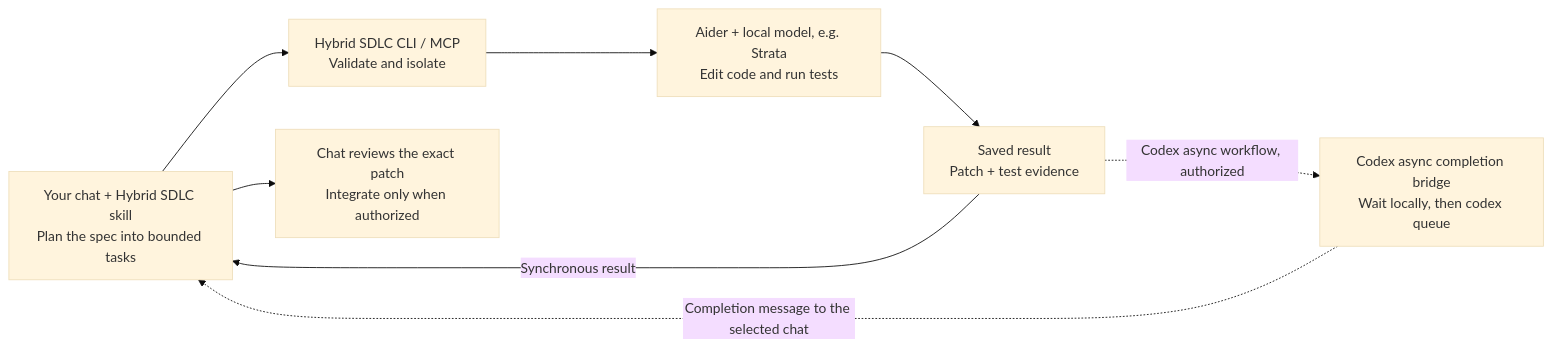
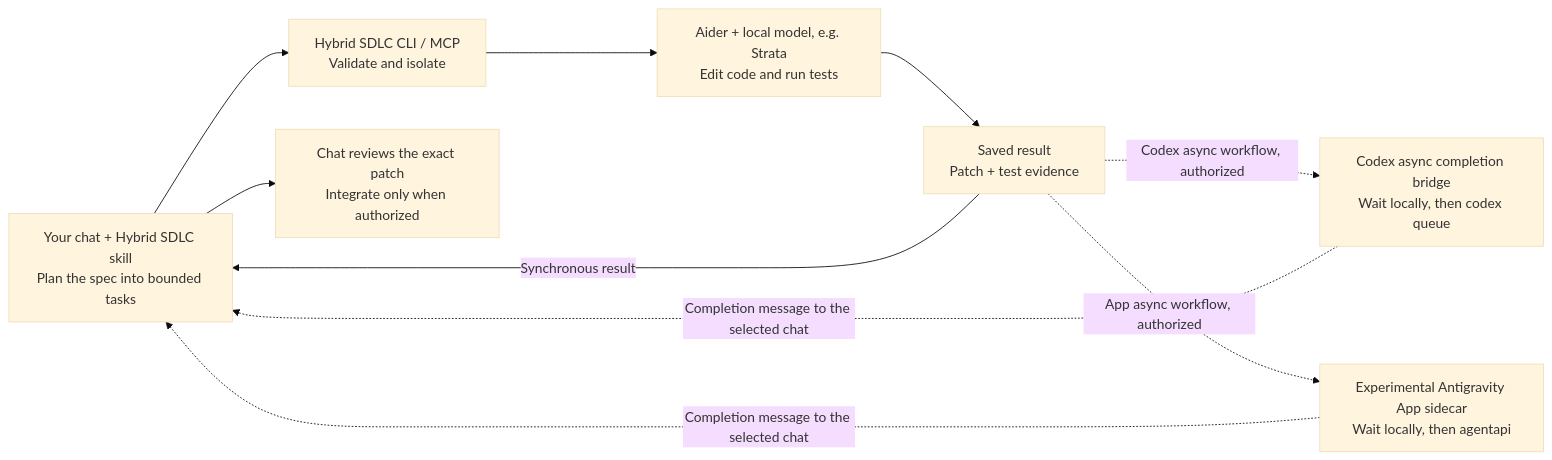
The diagram in README.md (rainier-brioso/hybrid_sdlc), drawn with Mermaid (base theme) before and after one commit. The commit also changed other lines of this file and 31 other files, not shown here.

First line of the commit message:
Add Antigravity completion bridge and configurable Strata context (#19)

````diff
--- a/README.md
+++ b/README.md
@@ -9,15 +9,18 @@
 ```mermaid
 flowchart LR
     Chat["Your chat + Hybrid SDLC skill<br/>Plan the spec into bounded tasks"]
     Runner["Hybrid SDLC CLI / MCP<br/>Validate and isolate"]
     Worker["Aider + local model, e.g. Strata<br/>Edit code and run tests"]
     Result["Saved result<br/>Patch + test evidence"]
     Bridge["Codex async completion bridge<br/>Wait locally, then codex queue"]
+    AppBridge["Experimental Antigravity App sidecar<br/>Wait locally, then agentapi"]
     Review["Chat reviews the exact patch<br/>Integrate only when authorized"]
 
     Chat --> Runner --> Worker --> Result
     Result -->|"Synchronous result"| Chat
     Result -.->|"Codex async workflow, authorized"| Bridge
     Bridge -.->|"Completion message to the selected chat"| Chat
+    Result -.->|"App async workflow, authorized"| AppBridge
+    AppBridge -.->|"Completion message to the selected chat"| Chat
     Chat --> Review
 ```
````
